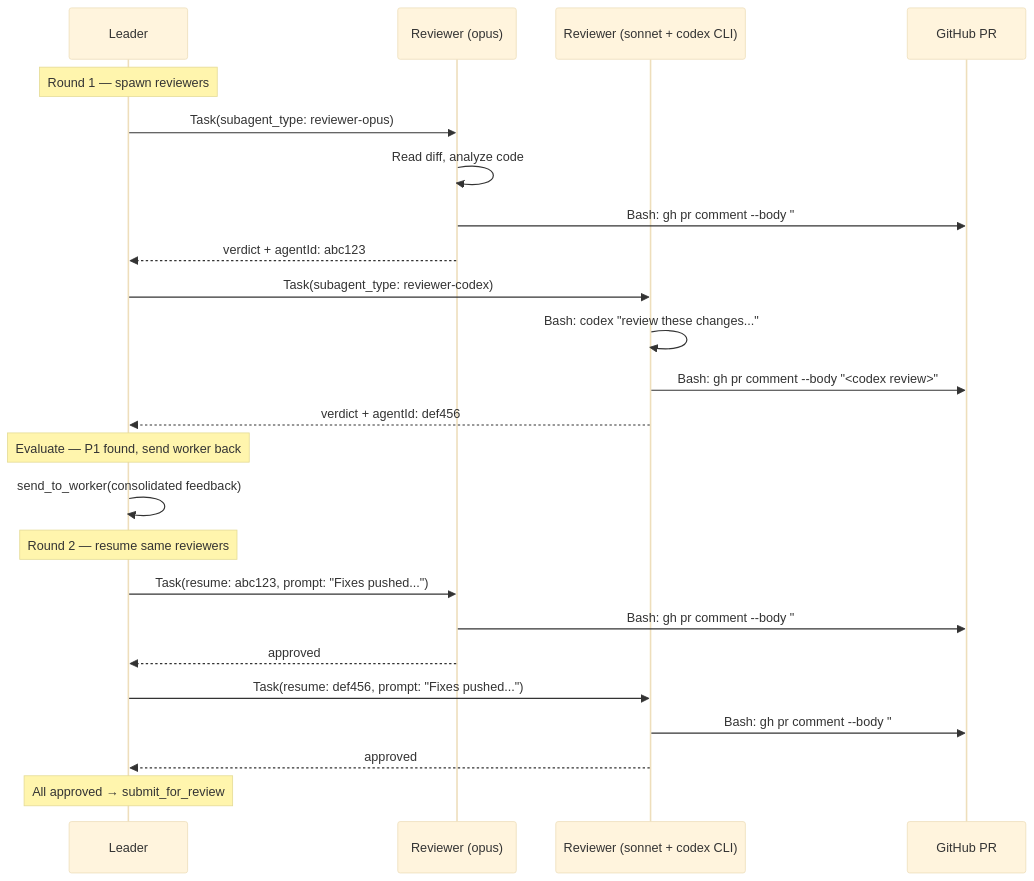
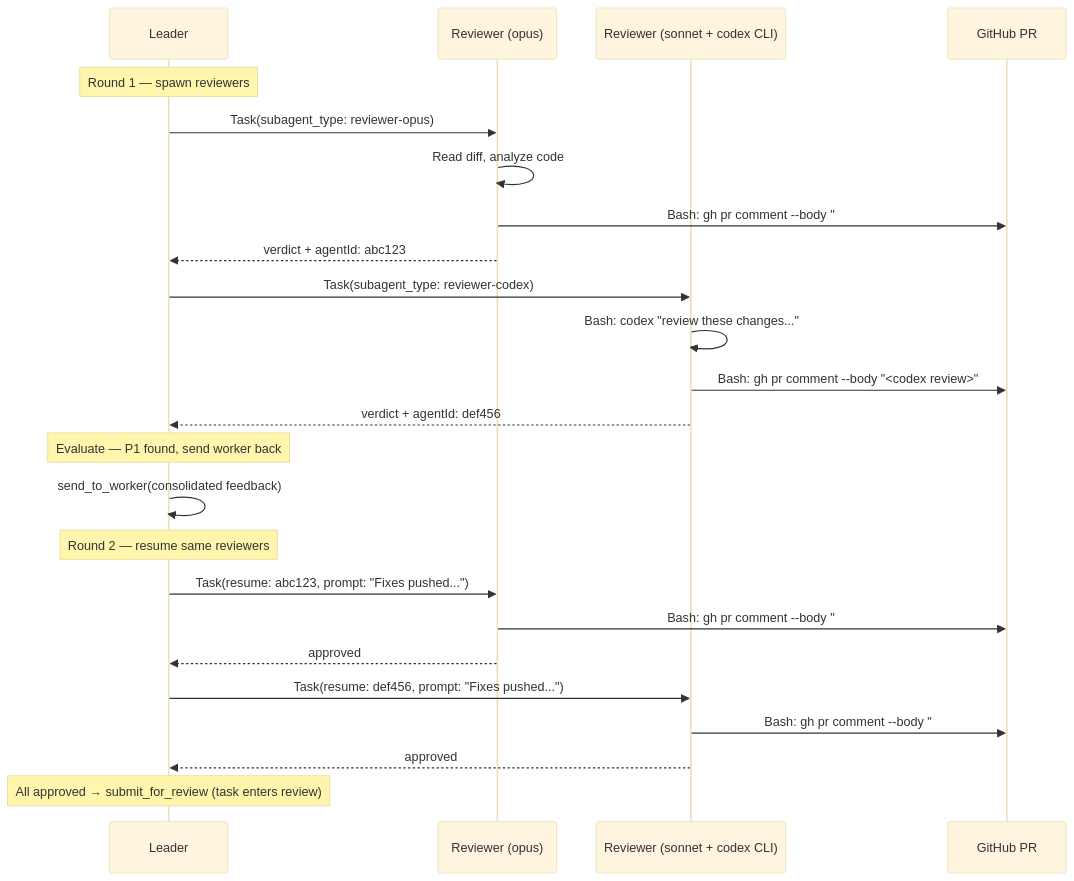
One commit to lsm/neokai changed the third of 3 diagrams in docs/design/pr-review-workflow.md. Above: the diagram before and after it, drawn with Mermaid (base theme). The commit also changed other lines of this file and 26 other files, not shown here.

````diff
--- a/docs/design/pr-review-workflow.md
+++ b/docs/design/pr-review-workflow.md
@@ -89,32 +113,32 @@
 ```mermaid
 sequenceDiagram
     participant Leader
     participant RevOpus as Reviewer (opus)
     participant RevCLI as Reviewer (sonnet + codex CLI)
     participant GH as GitHub PR
 
     Note over Leader: Round 1 — spawn reviewers
     Leader->>RevOpus: Task(subagent_type: reviewer-opus)
     RevOpus->>RevOpus: Read diff, analyze code
     RevOpus->>GH: Bash: gh pr comment --body "## Review by opus..."
     RevOpus-->>Leader: verdict + agentId: abc123
 
     Leader->>RevCLI: Task(subagent_type: reviewer-codex)
     RevCLI->>RevCLI: Bash: codex "review these changes..."
     RevCLI->>GH: Bash: gh pr comment --body "<codex review>"
     RevCLI-->>Leader: verdict + agentId: def456
 
     Note over Leader: Evaluate — P1 found, send worker back
     Leader->>Leader: send_to_worker(consolidated feedback)
 
     Note over Leader: Round 2 — resume same reviewers
     Leader->>RevOpus: Task(resume: abc123, prompt: "Fixes pushed...")
     RevOpus->>GH: Bash: gh pr comment --body "## Round 2 — P1 resolved..."
     RevOpus-->>Leader: approved
 
     Leader->>RevCLI: Task(resume: def456, prompt: "Fixes pushed...")
     RevCLI->>GH: Bash: gh pr comment --body "## Round 2 — approved"
     RevCLI-->>Leader: approved
 
-    Note over Leader: All approved → submit_for_review
+    Note over Leader: All approved → submit_for_review (task enters review)
 ```
````
